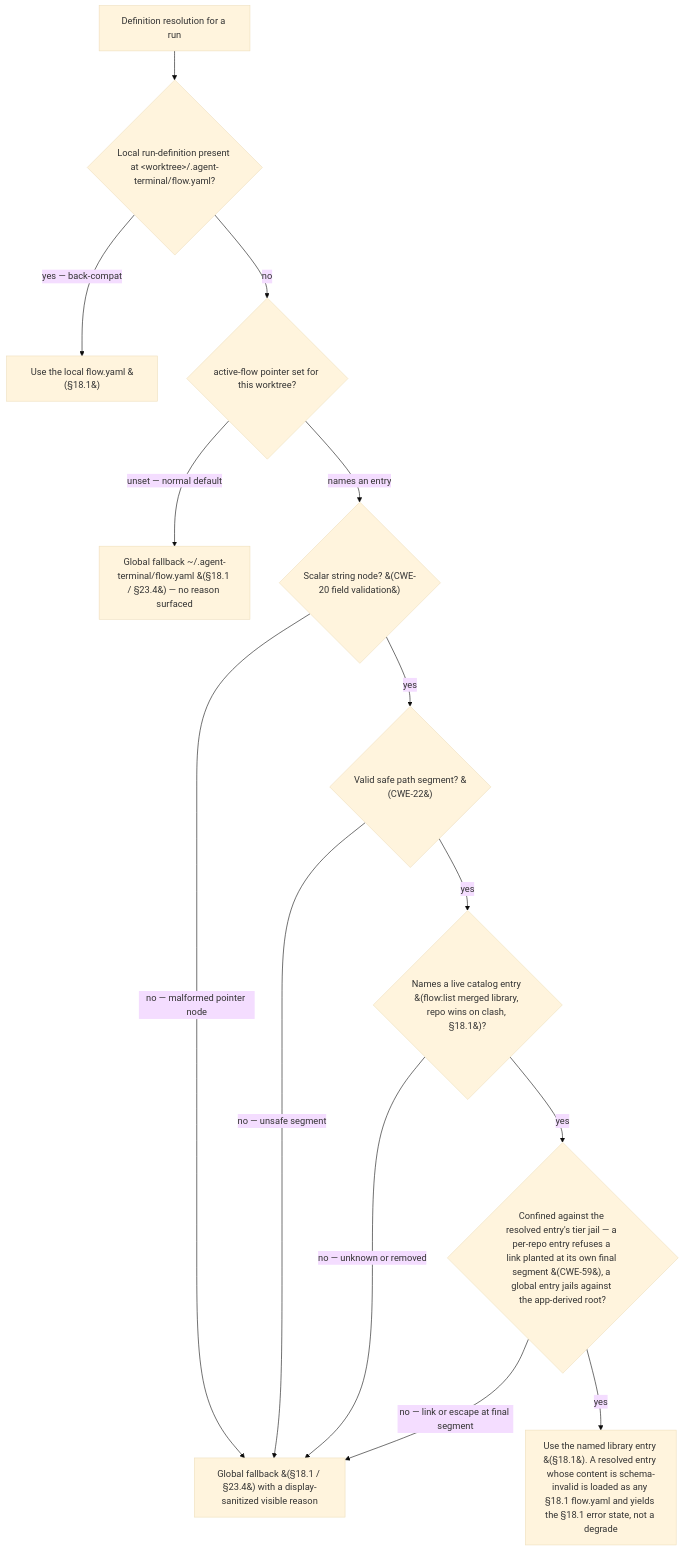
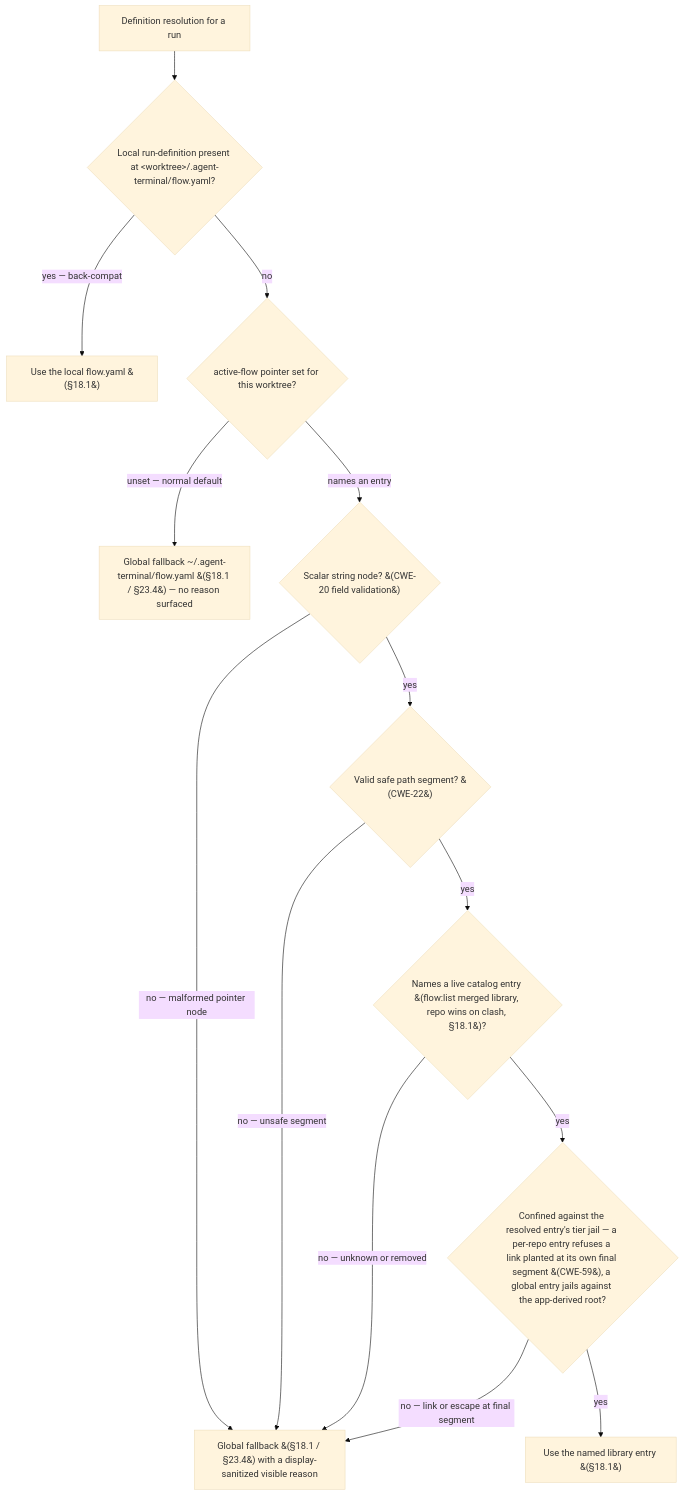
Before and after one commit to dylanb/agent-terminal: the second of 2 diagrams in docs/spec/18-flow-definitions-flow-yaml.md, drawn with Mermaid (base theme). The commit also changed other lines of this file and 2 other files, not shown here.

````diff
--- a/docs/spec/18-flow-definitions-flow-yaml.md
+++ b/docs/spec/18-flow-definitions-flow-yaml.md
@@ -138,16 +142,16 @@
 ```mermaid
 flowchart TD
   ACCESS["Definition resolution for a run"] --> LOCAL{"Local run-definition present at &lt;worktree&gt;/.agent-terminal/flow.yaml?"}
   LOCAL -->|"yes — back-compat"| USELOCAL["Use the local flow.yaml &#40;§18.1&#41;"]
   LOCAL -->|"no"| POINTER{"active-flow pointer set for this worktree?"}
   POINTER -->|"unset — normal default"| FALLBACK["Global fallback ~/.agent-terminal/flow.yaml &#40;§18.1 / §23.4&#41; — no reason surfaced"]
   POINTER -->|"names an entry"| SCALAR{"Scalar string node? &#40;CWE-20 field validation&#41;"}
   SCALAR -->|"no — malformed pointer node"| DEGRADE["Global fallback &#40;§18.1 / §23.4&#41; with a display-sanitized visible reason"]
   SCALAR -->|"yes"| SEGMENT{"Valid safe path segment? &#40;CWE-22&#41;"}
   SEGMENT -->|"no — unsafe segment"| DEGRADE
   SEGMENT -->|"yes"| MEMBER{"Names a live catalog entry &#40;flow:list merged library, repo wins on clash, §18.1&#41;?"}
   MEMBER -->|"no — unknown or removed"| DEGRADE
   MEMBER -->|"yes"| CONFINE{"Confined against the resolved entry's tier jail — a per-repo entry refuses a link planted at its own final segment &#40;CWE-59&#41;, a global entry jails against the app-derived root?"}
   CONFINE -->|"no — link or escape at final segment"| DEGRADE
-  CONFINE -->|"yes"| USECATALOG["Use the named library entry &#40;§18.1&#41;. A resolved entry whose content is schema-invalid is loaded as any §18.1 flow.yaml and yields the §18.1 error state, not a degrade"]
+  CONFINE -->|"yes"| USECATALOG["Use the named library entry &#40;§18.1&#41;"]
 ```
````
